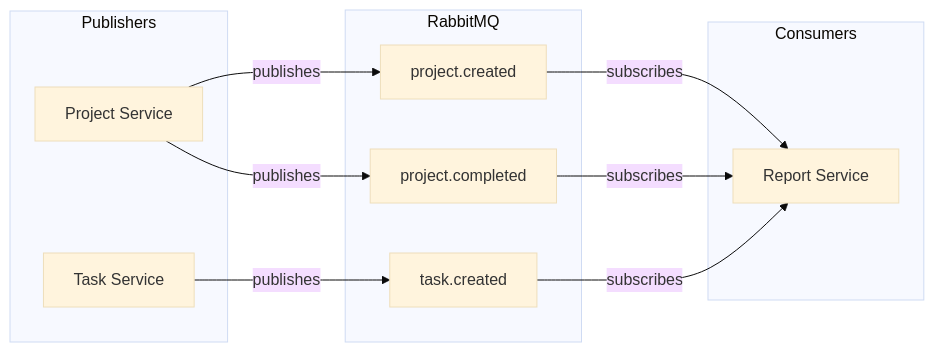
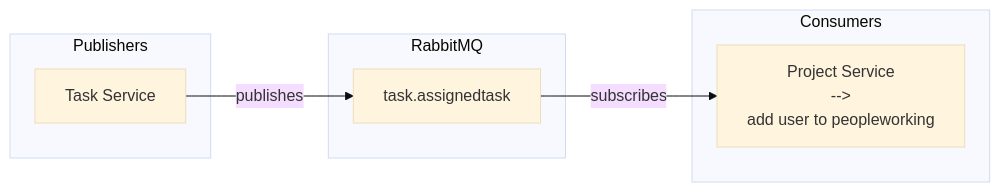
Before and after one commit to AboubacarSow/task-management-microservice: the sixth of 12 diagrams in README.md, drawn with Mermaid (base theme). The commit also changed other lines of this file, not shown here.

````diff
--- a/README.md
+++ b/README.md
@@ -266,25 +273,20 @@
 ```mermaid
 flowchart LR
     subgraph Publishers
-        Project[Project Service]
         Task[Task Service]
     end
 
     subgraph RabbitMQ
-        E1[project.created]
-        E2[project.completed]
-        E3[task.created]
+        E1[task.assignedtask]
     end
 
     subgraph Consumers
-        Report[Report Service]
+        Project[Project Service 
+        --> 
+        add user to peopleworking]
     end
 
-    Project -->|publishes| E1
-    Project -->|publishes| E2
-    Task -->|publishes| E3
+    Task -->|publishes| E1
 
-    E1 -->|subscribes| Report
-    E2 -->|subscribes| Report
-    E3 -->|subscribes| Report
+    E1 -->|subscribes| Project
 ```
````
